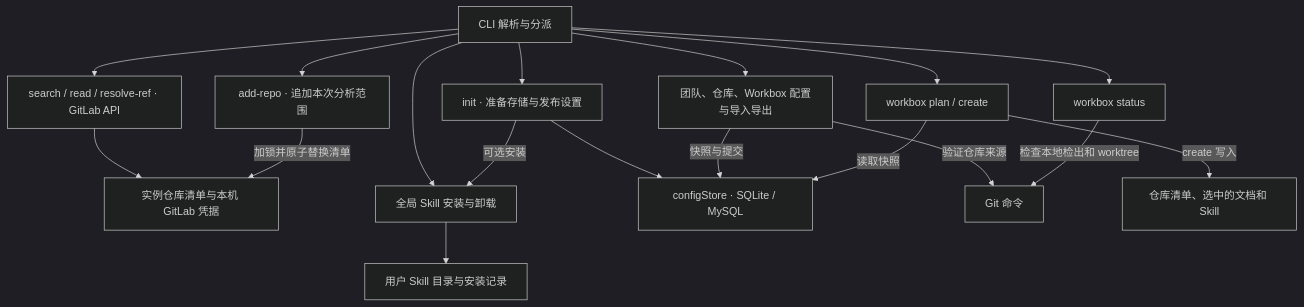
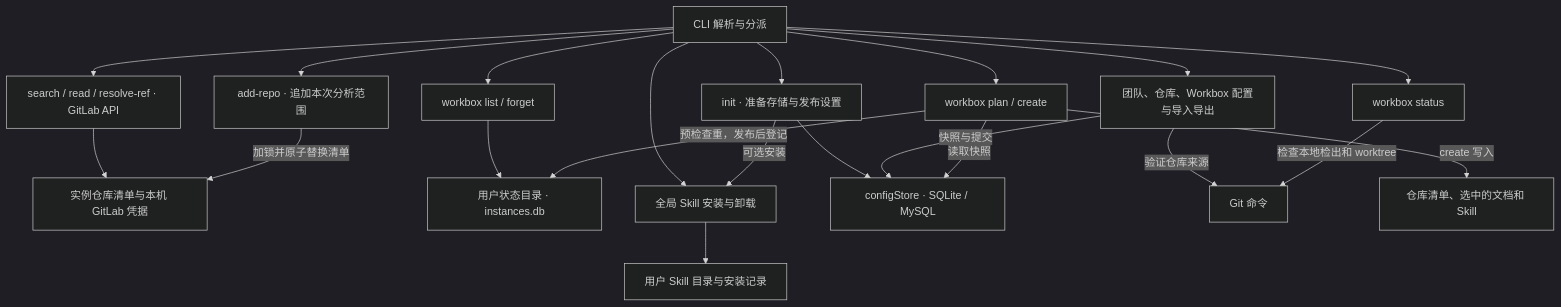
Before and after one commit to MaybeLL/workbox-cli: the diagram in docs/Implementation.md, drawn with Mermaid (dark theme). The commit also changed other lines of this file and 17 other files, not shown here.

Commit message:
Track local Workbox instances and prepare v0.8.0

````diff
--- a/docs/Implementation.md
+++ b/docs/Implementation.md
@@ -5,21 +5,24 @@
 ```mermaid
 flowchart TD
     CLI["CLI 解析与分派"]
     CLI --> Init["init · 准备存储与发布设置"]
     CLI --> Remote["search / read / resolve-ref · GitLab API"]
     Remote --> Manifest["实例仓库清单与本机 GitLab 凭据"]
     CLI --> Config["团队、仓库、Workbox 配置与导入导出"]
     CLI --> Prepare["workbox plan / create"]
     CLI --> Append["add-repo · 追加本次分析范围"]
     Append -->|加锁并原子替换清单| Manifest
+    CLI --> History["workbox list / forget"]
+    History --> Registry["用户状态目录 · instances.db"]
     CLI --> Status["workbox status"]
     CLI --> Install["全局 Skill 安装与卸载"]
     Init --> Store["configStore · SQLite / MySQL"]
     Init -->|可选安装| Install
     Config -->|快照与提交| Store
+    Prepare -->|预检查重，发布后登记| Registry
     Prepare -->|读取快照| Store
     Config -->|验证仓库来源| Git["Git 命令"]
     Prepare -->|create 写入| Files["仓库清单、选中的文档和 Skill"]
     Status -->|检查本地检出和 worktree| Git
     Install --> Global["用户 Skill 目录与安装记录"]
 ```
````
